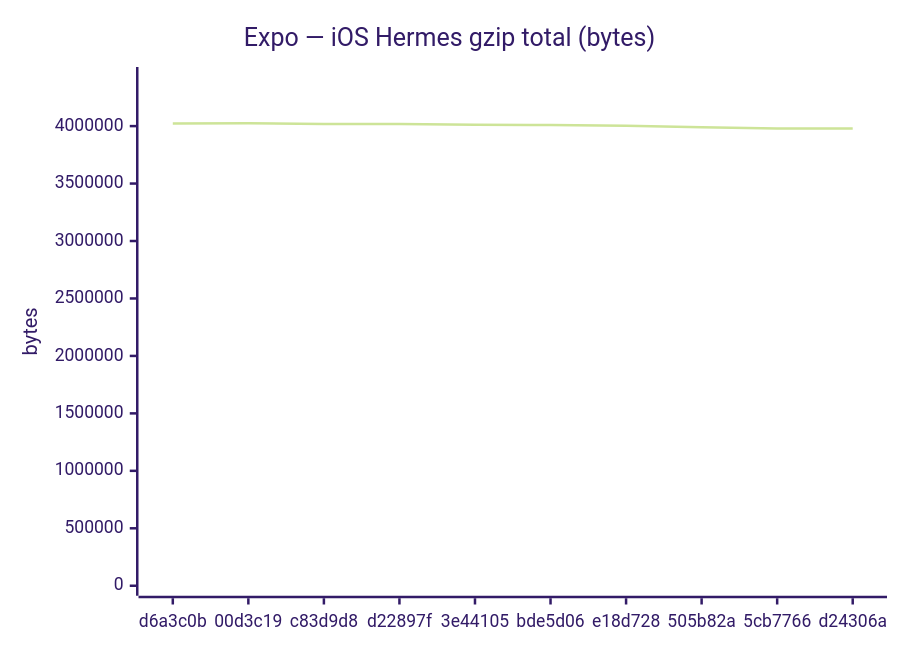
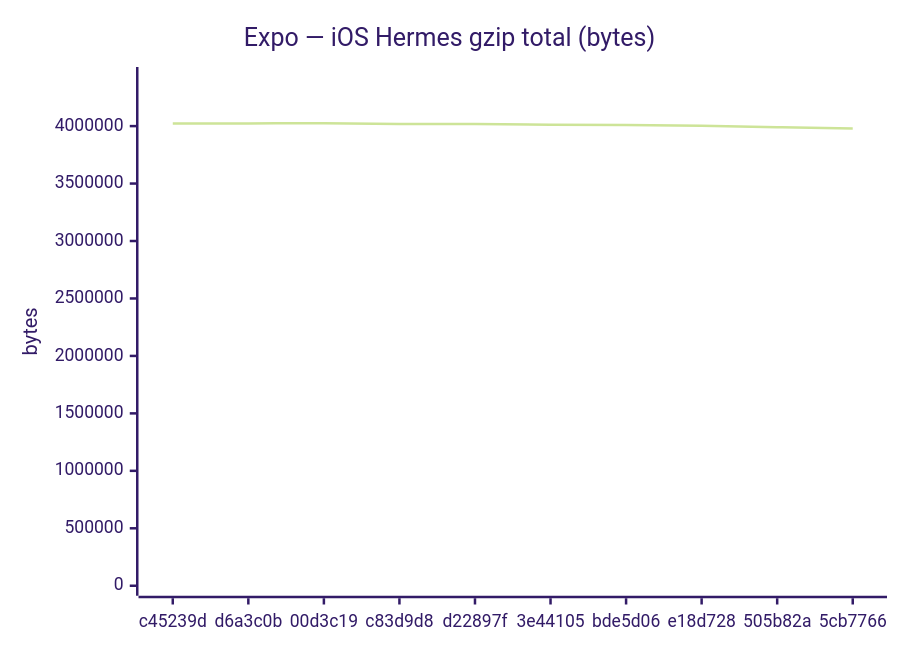
The sixth of 18 diagrams in benchmarks/compare.md (Metaheurist/Rianell), drawn with Mermaid (forest theme) before and after one commit. The commit also changed other lines of this file and 11 other files, not shown here.

````diff
--- a/benchmarks/compare.md
+++ b/benchmarks/compare.md
@@ -96,7 +96,7 @@
 ```mermaid
 xychart-beta
     title "Expo — iOS Hermes gzip total (bytes)"
-    x-axis ["d6a3c0b", "00d3c19", "c83d9d8", "d22897f", "3e44105", "bde5d06", "e18d728", "505b82a", "5cb7766", "d24306a"]
+    x-axis ["c45239d", "d6a3c0b", "00d3c19", "c83d9d8", "d22897f", "3e44105", "bde5d06", "e18d728", "505b82a", "5cb7766"]
     y-axis "bytes" 0 --> 4427238
-    line [4023645, 4024761, 4017281, 4017565, 4012063, 4008470, 4002116, 3990384, 3978033, 3978036]
+    line [4023650, 4023645, 4024761, 4017281, 4017565, 4012063, 4008470, 4002116, 3990384, 3978033]
 ```
````
